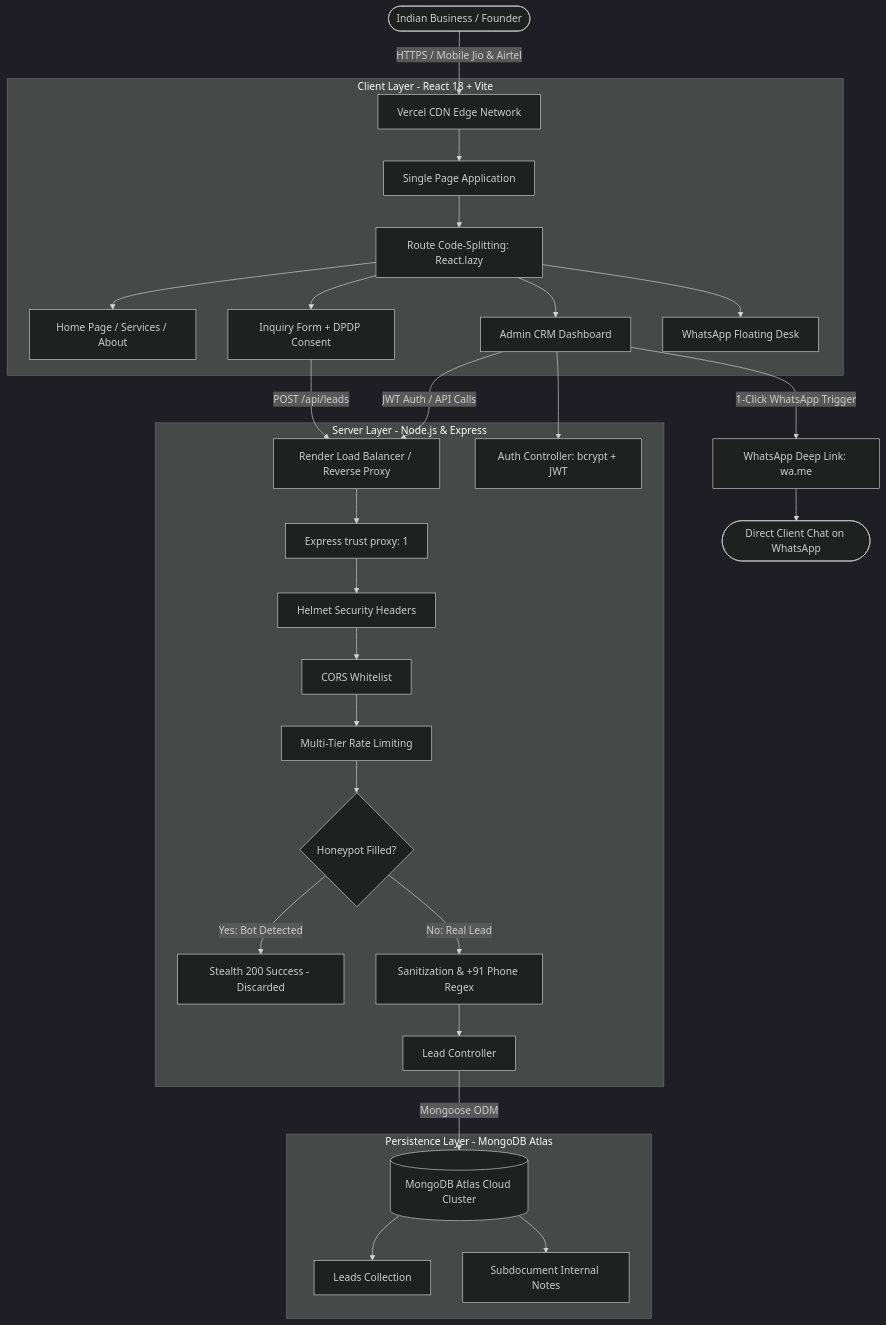
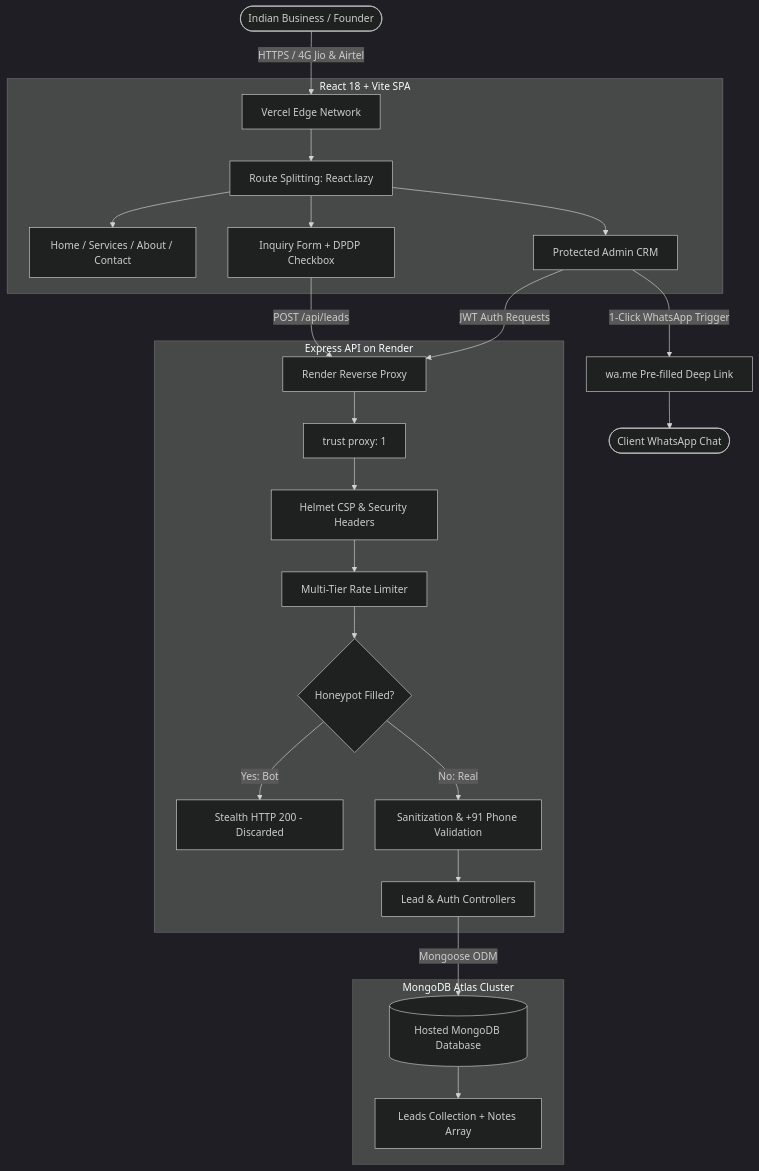
The diagram in README.md (Pranjali004/ethixweb-india), drawn with Mermaid (dark theme) before and after one commit. The commit also changed other lines of this file, not shown here.

````diff
--- a/README.md
+++ b/README.md
@@ -41,39 +94,32 @@
 ```mermaid
 graph TD
-    User([Indian Business / Founder]) -->|HTTPS / Mobile Jio & Airtel| VercelEdge[Vercel CDN Edge Network]
+    Client([Indian Business / Founder]) -->|HTTPS / 4G Jio & Airtel| Vercel[Vercel Edge Network]
     
-    subgraph Frontend [Client Layer - React 18 + Vite]
-        VercelEdge --> SPA[Single Page Application]
-        SPA --> Views[Route Code-Splitting: React.lazy]
-        Views --> Home[Home Page / Services / About]
-        Views --> Form[Inquiry Form + DPDP Consent]
-        Views --> AdminUI[Admin CRM Dashboard]
-        Views --> WABtn[WhatsApp Floating Desk]
+    subgraph Frontend [React 18 + Vite SPA]
+        Vercel --> LazyRoutes[Route Splitting: React.lazy]
+        LazyRoutes --> Pages[Home / Services / About / Contact]
+        LazyRoutes --> AdminCRM[Protected Admin CRM]
+        LazyRoutes --> FormComp[Inquiry Form + DPDP Checkbox]
     end
 
-    Form -->|POST /api/leads| RenderProxy[Render Load Balancer / Reverse Proxy]
-    AdminUI -->|JWT Auth / API Calls| RenderProxy
+    FormComp -->|POST /api/leads| RenderProxy[Render Reverse Proxy]
+    AdminCRM -->|JWT Auth Requests| RenderProxy
 
-    subgraph Backend [Server Layer - Node.js & Express]
-        RenderProxy --> TrustProxy[Express trust proxy: 1]
-        TrustProxy --> HelmetMW[Helmet Security Headers]
-        HelmetMW --> CorsMW[CORS Whitelist]
-        CorsMW --> RateLimiter[Multi-Tier Rate Limiting]
-        RateLimiter --> HoneypotCheck{Honeypot Filled?}
-        
-        HoneypotCheck -->|Yes: Bot Detected| SilentTrap[Stealth 200 Success - Discarded]
-        HoneypotCheck -->|No: Real Lead| InputValidator[Sanitization & +91 Phone Regex]
-        
-        InputValidator --> LeadController[Lead Controller]
-        AdminUI --> AuthController[Auth Controller: bcrypt + JWT]
+    subgraph Backend [Express API on Render]
+        RenderProxy --> TrustProxy[trust proxy: 1]
+        TrustProxy --> HelmetMW[Helmet CSP & Security Headers]
+        HelmetMW --> RateLimitMW[Multi-Tier Rate Limiter]
+        RateLimitMW --> HoneypotMW{Honeypot Filled?}
+        HoneypotMW -->|Yes: Bot| StealthSuccess[Stealth HTTP 200 - Discarded]
+        HoneypotMW -->|No: Real| ValidatorMW[Sanitization & +91 Phone Validation]
+        ValidatorMW --> Controller[Lead & Auth Controllers]
     end
 
-    subgraph Database [Persistence Layer - MongoDB Atlas]
-        LeadController -->|Mongoose ODM| AtlasCluster[(MongoDB Atlas Cloud Cluster)]
-        AtlasCluster --> LeadsCollection[Leads Collection]
-        AtlasCluster --> NotesArray[Subdocument Internal Notes]
+    subgraph Database [MongoDB Atlas Cluster]
+        Controller -->|Mongoose ODM| AtlasDB[(Hosted MongoDB Database)]
+        AtlasDB --> LeadsData[Leads Collection + Notes Array]
     end
 
-    AdminUI -->|1-Click WhatsApp Trigger| WAAPI[WhatsApp Deep Link: wa.me]
-    WAAPI --> ClientPhone([Direct Client Chat on WhatsApp])
+    AdminCRM -->|1-Click WhatsApp Trigger| WhatsAppAPI[wa.me Pre-filled Deep Link]
+    WhatsAppAPI --> ClientWA([Client WhatsApp Chat])
 ```
````
